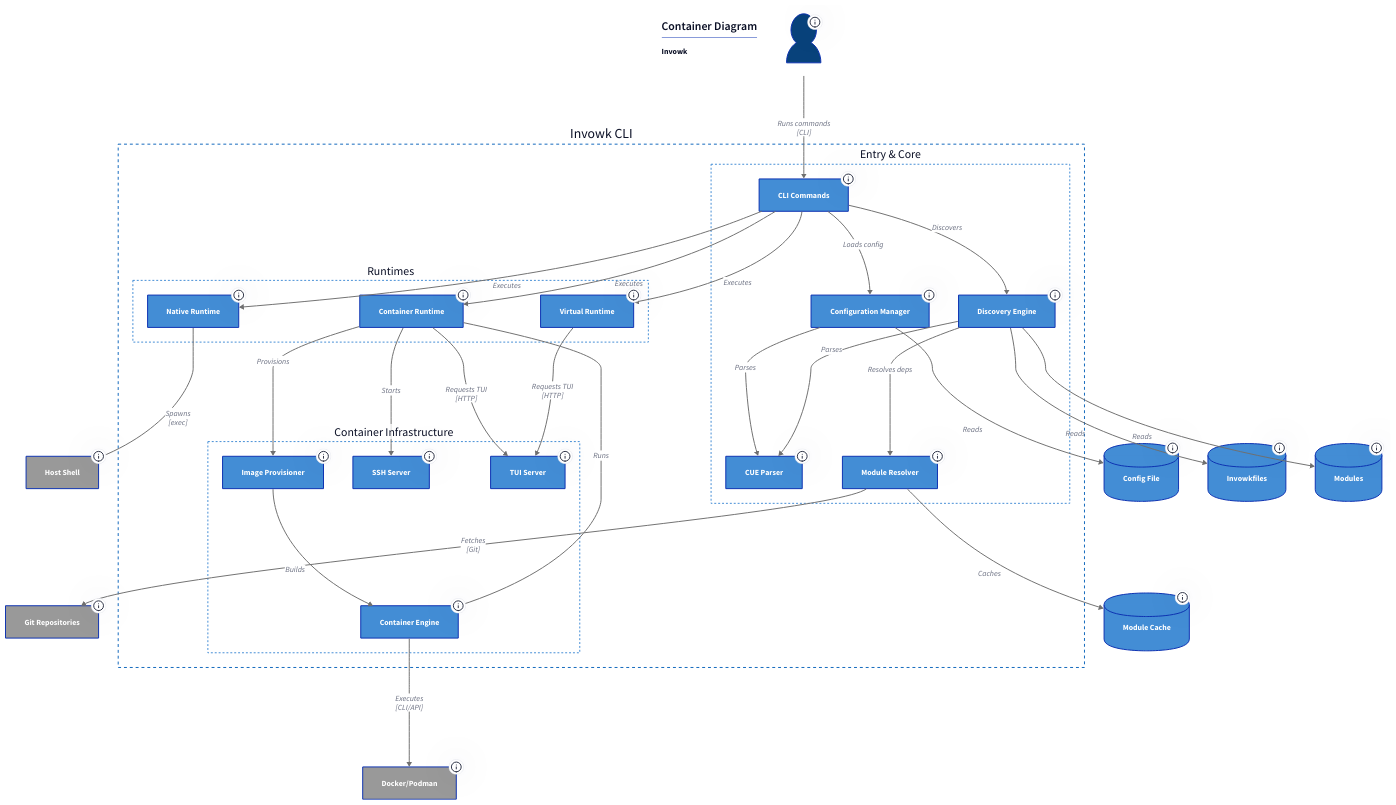
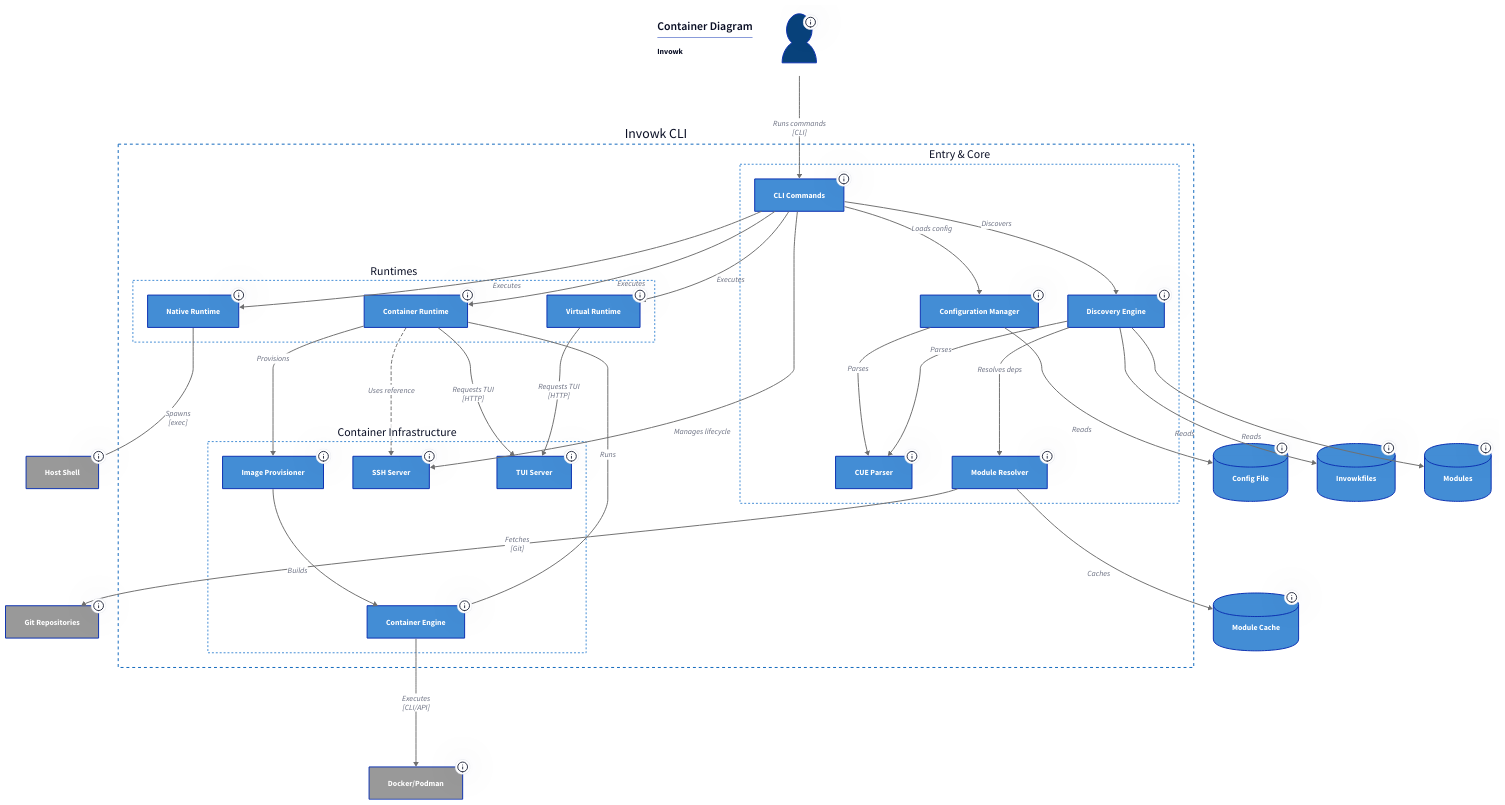
The diagram in docs/diagrams/c4/container.d2 (invowk/invowk), drawn with D2 before and after one commit. The commit also changed 22 other files, not shown here. The source asks for the TALA layout; these drawings use dagre instead.

```diff
--- a/docs/diagrams/c4/container.d2
+++ b/docs/diagrams/c4/container.d2
@@ -92,7 +92,7 @@
       }
       tooltip: |md
         **Go/Cobra**
-        Root, cmd, init, config, module, tui, completion
+        Root, cmd, init, config, module, tui, validate, completion
       |
     }
 
@@ -362,8 +362,12 @@
 invowk_cli.runtimes.runtime_container -> invowk_cli.container_infra.provision: Provisions {
   style.stroke: "#707070"
 }
-invowk_cli.runtimes.runtime_container -> invowk_cli.container_infra.ssh_server: Starts {
+invowk_cli.entry_core.cmd -> invowk_cli.container_infra.ssh_server: "Manages lifecycle" {
   style.stroke: "#707070"
+}
+invowk_cli.runtimes.runtime_container -> invowk_cli.container_infra.ssh_server: "Uses reference" {
+  style.stroke: "#707070"
+  style.stroke-dash: 3
 }
 invowk_cli.runtimes.runtime_container -> invowk_cli.container_infra.tui_server: "Requests TUI\n[HTTP]" {
   style.stroke: "#707070"
```
